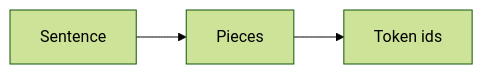
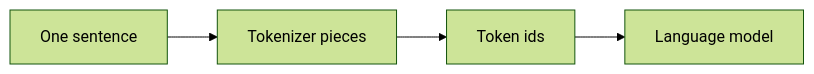
One commit to mohamedmabrouk582/Android-Ai-Lab changed the diagram in lab-tokens/README.md. Above: the diagram before and after it, drawn with Mermaid (forest theme). The commit also changed other lines of this file and 41 other files, not shown here.

````diff
--- a/lab-tokens/README.md
+++ b/lab-tokens/README.md
@@ -13,4 +33,6 @@
 ```mermaid
 flowchart LR
-  n0["Sentence"] --> n1["Pieces"] --> n2["Token ids"]
+  sentence["One sentence"] --> pieces["Tokenizer pieces"]
+  pieces --> ids["Token ids"]
+  ids --> model["Language model"]
 ```
````
